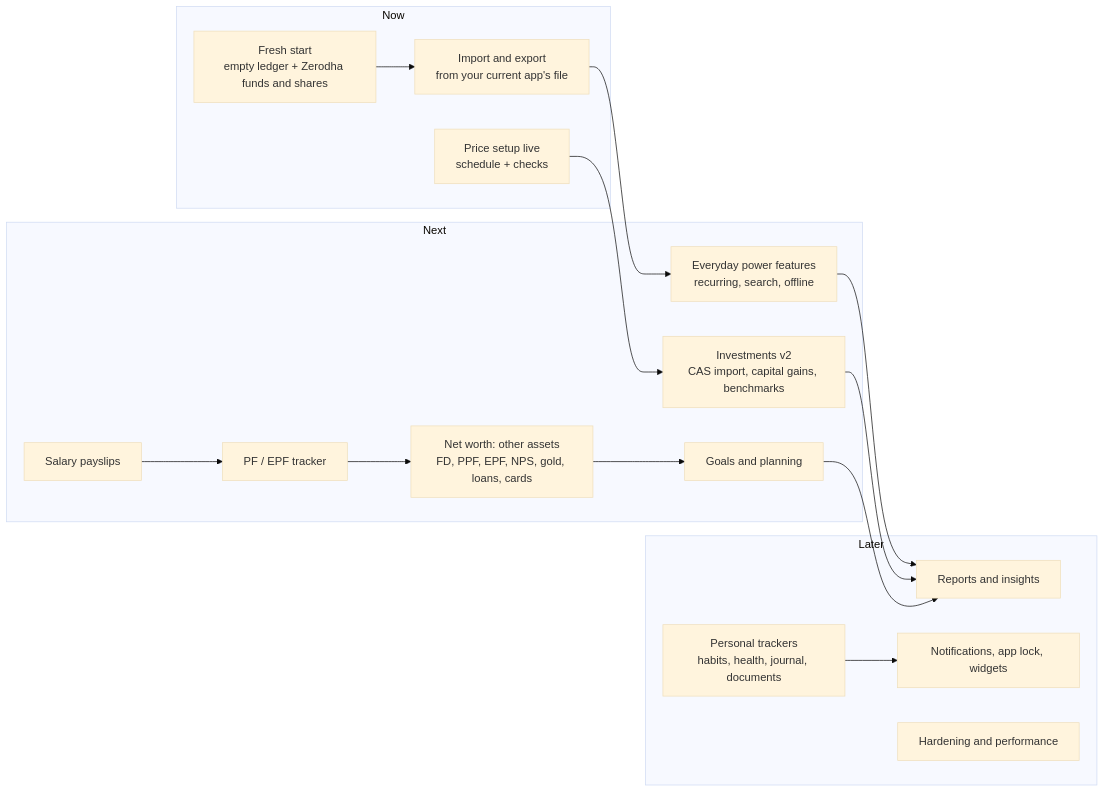
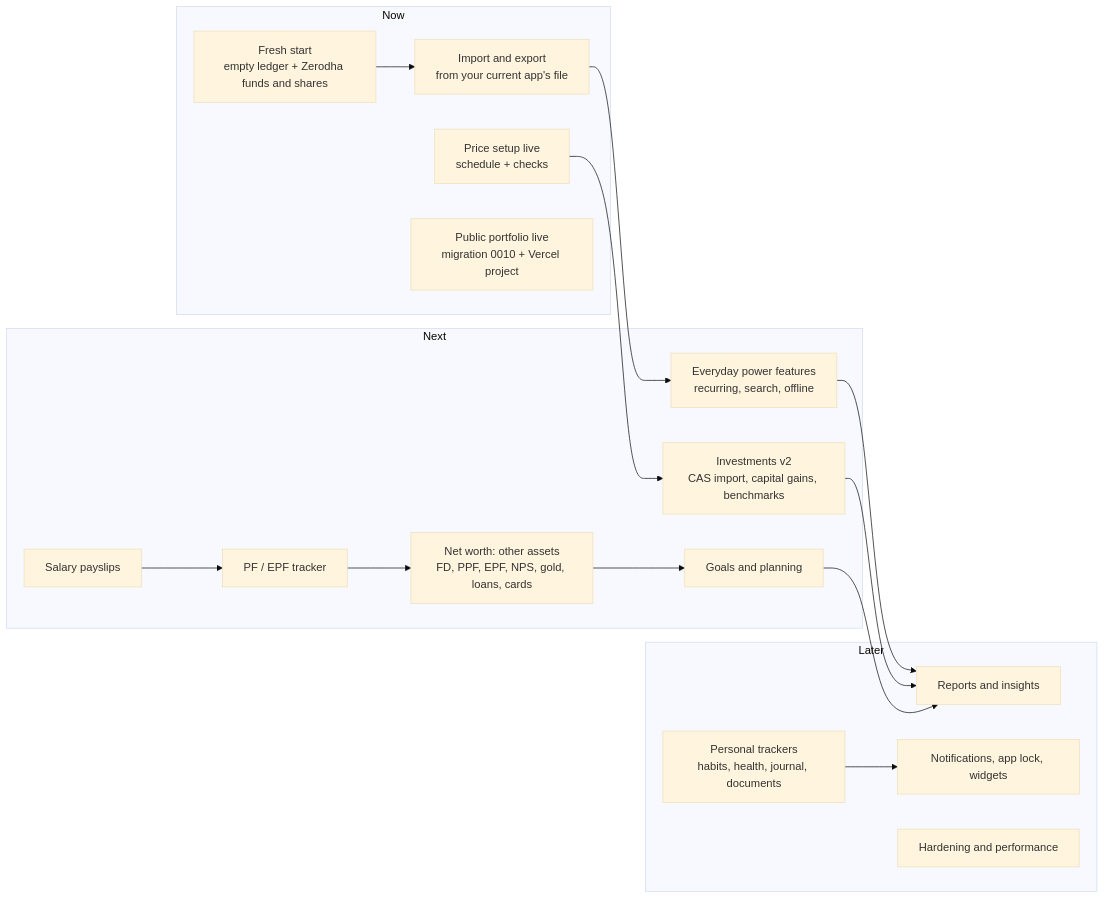
The diagram in docs/architecture/ROADMAP.md (DEVABALAN-R/DEVABALAN), drawn with Mermaid (base theme) before and after one commit. The commit also changed other lines of this file and 6 other files, not shown here.

First line of the commit message:
Docs: public portfolio (ADR 0010, feature guide, setup and deploy steps)

````diff
--- a/docs/architecture/ROADMAP.md
+++ b/docs/architecture/ROADMAP.md
@@ -29,27 +30,28 @@
 ```mermaid
 flowchart LR
   subgraph Now
     A[Fresh start<br/>empty ledger + Zerodha funds and shares]
     M[Import and export<br/>from your current app's file]
     B[Price setup live<br/>schedule + checks]
+    W[Public portfolio live<br/>migration 0010 + Vercel project]
   end
   subgraph Next
     P[PF / EPF tracker]
     S[Salary payslips]
     C[Everyday power features<br/>recurring, search, offline]
     D[Investments v2<br/>CAS import, capital gains, benchmarks]
     E[Net worth: other assets<br/>FD, PPF, EPF, NPS, gold, loans, cards]
     F[Goals and planning]
   end
   subgraph Later
     G[Reports and insights]
     H[Personal trackers<br/>habits, health, journal, documents]
     I[Notifications, app lock, widgets]
     J[Hardening and performance]
   end
   A --> M --> C --> G
   S --> P --> E
   B --> D --> G
   E --> F --> G
   H --> I
 ```
````
